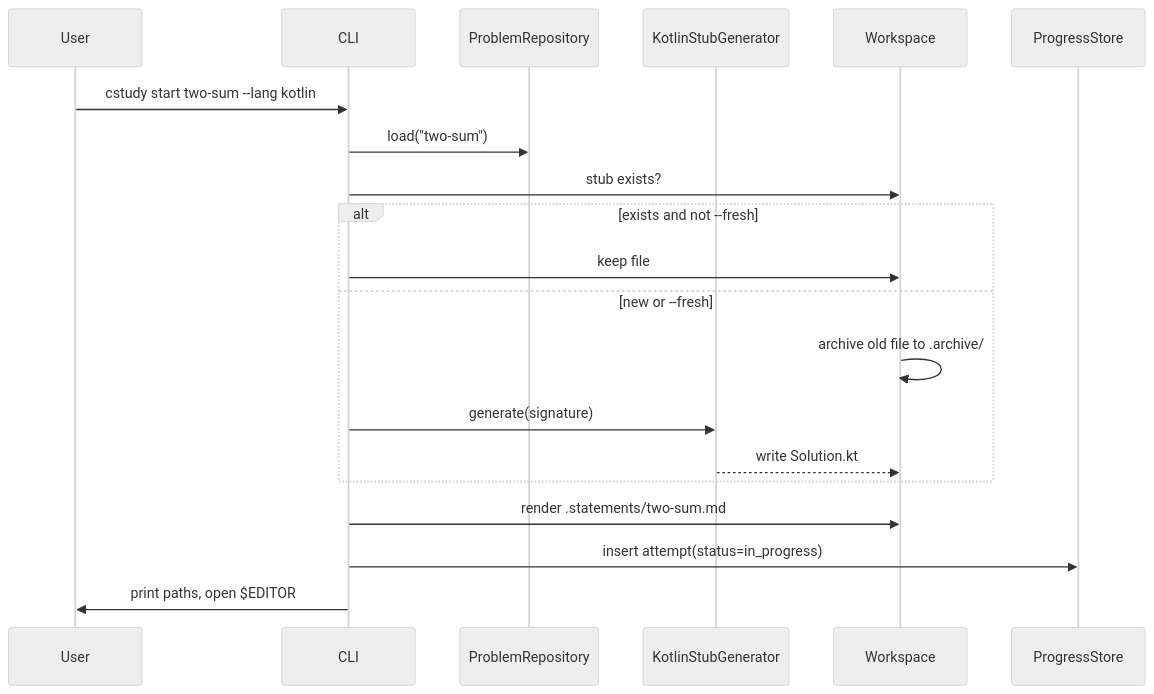
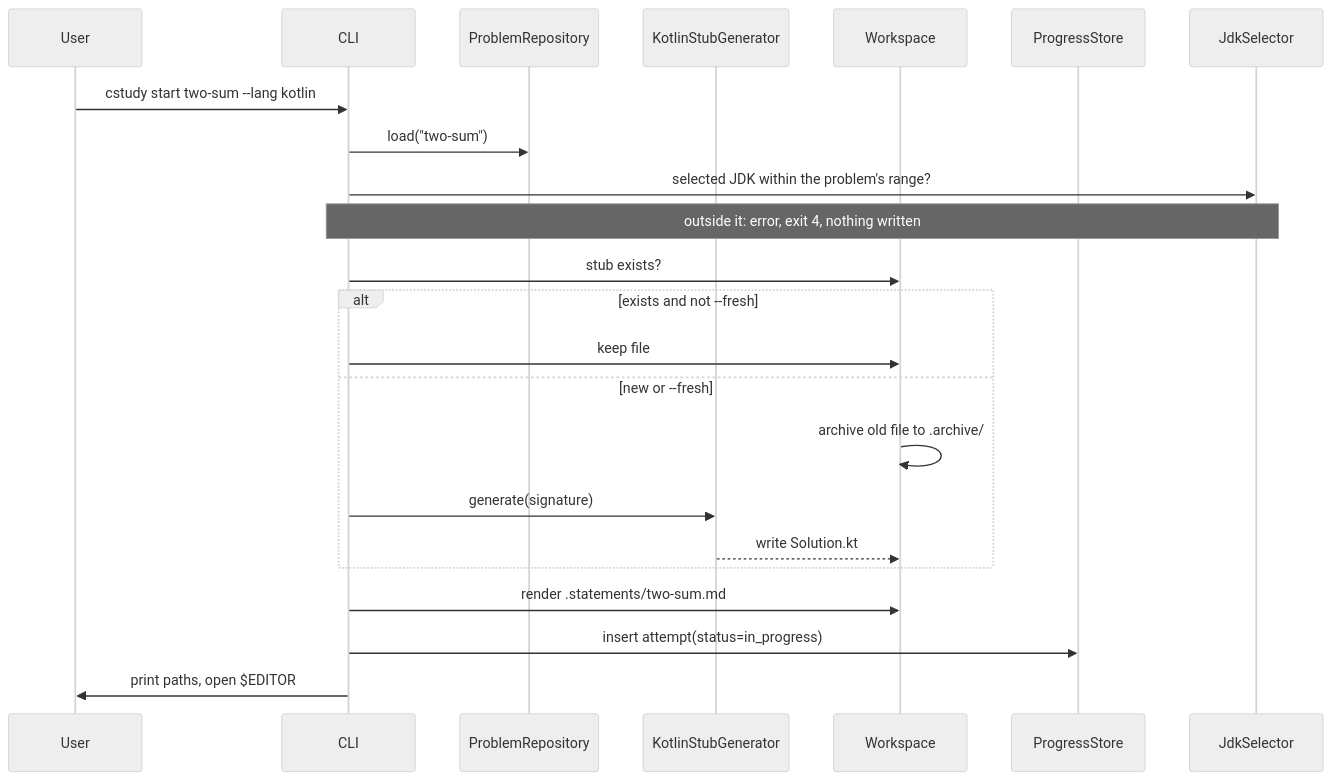
Before and after one commit to bkuberek/coding-study: the second of 4 diagrams in docs/architecture.md, drawn with Mermaid (neutral theme). The commit also changed other lines of this file and 11 other files, not shown here.

First line of the commit message:
docs: accept ADR 0016 and specify the supported JDK range

````diff
--- a/docs/architecture.md
+++ b/docs/architecture.md
@@ -130,22 +131,25 @@
 ```mermaid
 sequenceDiagram
   participant U as User
   participant C as CLI
   participant R as ProblemRepository
   participant G as KotlinStubGenerator
   participant W as Workspace
   participant S as ProgressStore
+  participant J as JdkSelector
   U->>C: cstudy start two-sum --lang kotlin
   C->>R: load("two-sum")
+  C->>J: selected JDK within the problem's range?
+  Note over C,J: outside it: error, exit 4, nothing written
   C->>W: stub exists?
   alt exists and not --fresh
     C->>W: keep file
   else new or --fresh
     W->>W: archive old file to .archive/
     C->>G: generate(signature)
     G-->>W: write Solution.kt
   end
   C->>W: render .statements/two-sum.md
   C->>S: insert attempt(status=in_progress)
   C->>U: print paths, open $EDITOR
 ```
````
